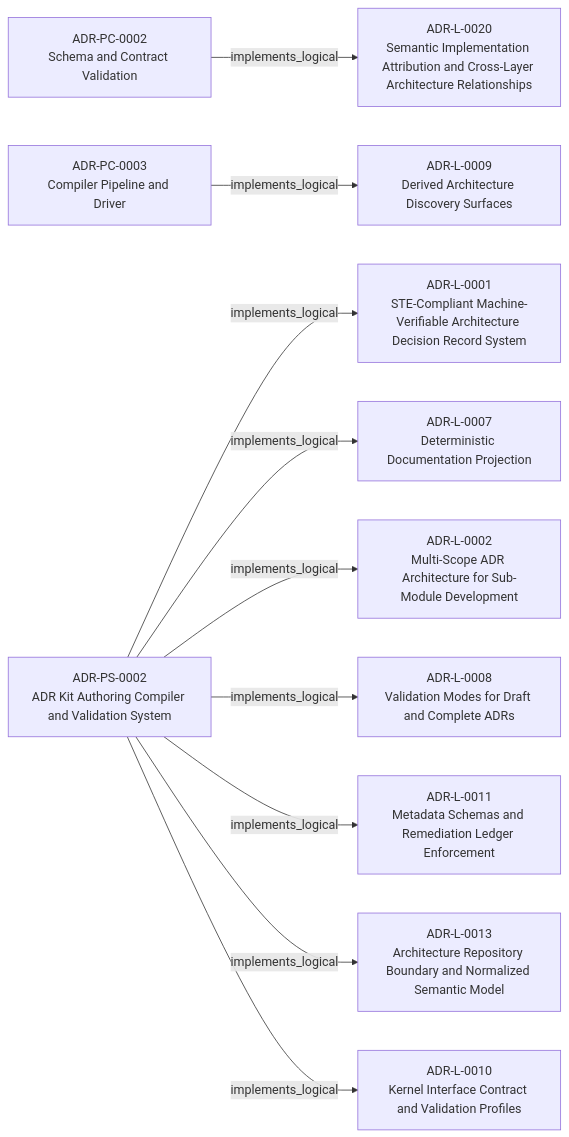
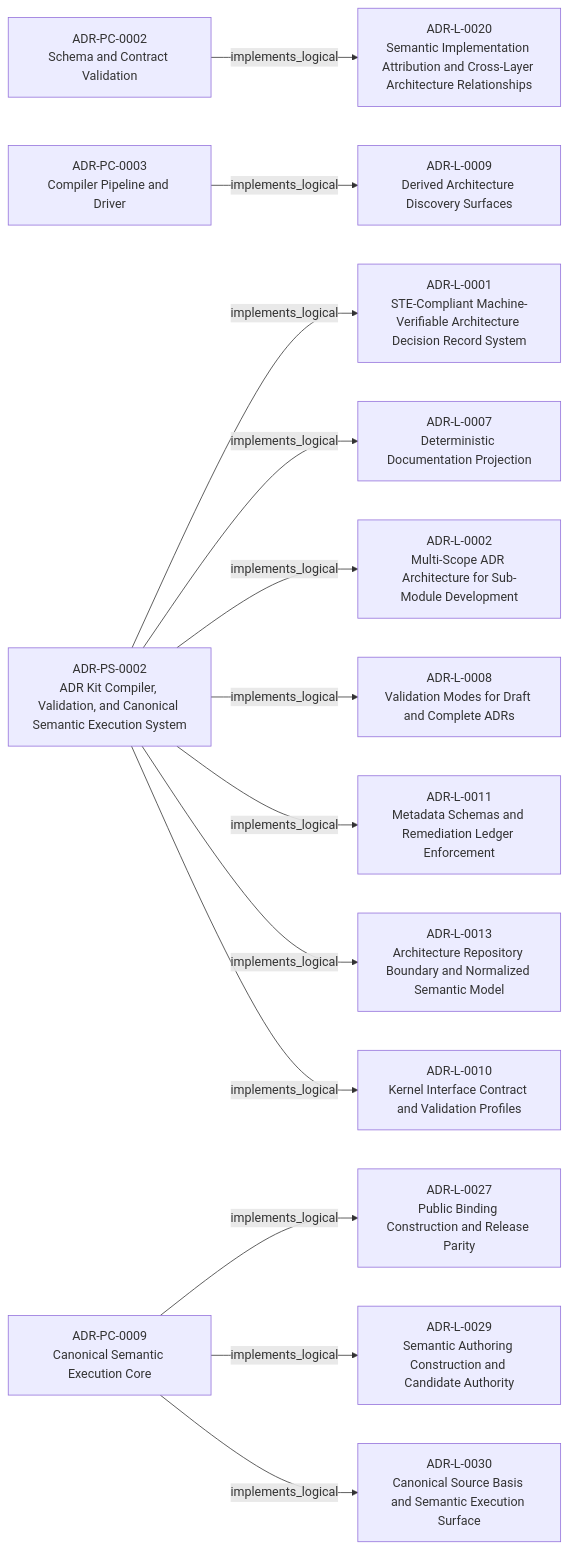
The third of 3 diagrams in adrs/adr-projection/physical-system/ADR-PS-0002-adr-kit-authoring-compiler-and-validation-system.md (egallmann/adr-architecture-kit), drawn with Mermaid before and after one commit. The commit also changed other lines of this file and 36 other files, not shown here.

Commit message:
docs: establish canonical semantic core architecture

````diff
--- a/adrs/adr-projection/physical-system/ADR-PS-0002-adr-kit-authoring-compiler-and-validation-system.md
+++ b/adrs/adr-projection/physical-system/ADR-PS-0002-adr-kit-authoring-compiler-and-validation-system.md
@@ -204,24 +201,31 @@
 ```mermaid
 flowchart LR
   n_019fee89_e615_70a5_861b_b2dde147e5af["ADR-L-0001<br/>STE-Compliant Machine-Verifiable Architecture Decision Record System"]
   n_019fee89_e615_7b9c_8e3f_32ceeda01491["ADR-L-0007<br/>Deterministic Documentation Projection"]
   n_019fee89_e615_7f19_810b_c7b33a9d9e0d["ADR-L-0002<br/>Multi-Scope ADR Architecture for Sub-Module Development"]
   n_019fee89_e616_7066_8d2f_3acc7f469f72["ADR-L-0008<br/>Validation Modes for Draft and Complete ADRs"]
   n_019fee89_e616_770c_a025_2c241a720730["ADR-L-0009<br/>Derived Architecture Discovery Surfaces"]
   n_019fee89_e616_7b97_971d_ae165d13bf9c["ADR-L-0011<br/>Metadata Schemas and Remediation Ledger Enforcement"]
   n_019fee89_e616_7c4e_953c_b7349412a784["ADR-L-0013<br/>Architecture Repository Boundary and Normalized Semantic Model"]
   n_019fee89_e616_7d61_8e35_f11ba2ddd75d["ADR-L-0010<br/>Kernel Interface Contract and Validation Profiles"]
   n_019fee89_e617_7d2b_8325_cd85ff814477["ADR-PC-0002<br/>Schema and Contract Validation"]
   n_019fee89_e618_7b76_843f_cfe21ceb2ea6["ADR-PC-0003<br/>Compiler Pipeline and Driver"]
-  n_019fee89_e618_7d04_9337_4aa2d3258507["ADR-PS-0002<br/>ADR Kit Authoring Compiler and Validation System"]
+  n_019fee89_e618_7d04_9337_4aa2d3258507["ADR-PS-0002<br/>ADR Kit Compiler, Validation, and Canonical Semantic Execution System"]
   n_019ffdba_3c42_7c4a_a737_f6751a265d60["ADR-L-0020<br/>Semantic Implementation Attribution and Cross-Layer Architecture Relationships"]
+  n_01a05a27_0000_7000_8000_000000000027["ADR-L-0027<br/>Public Binding Construction and Release Parity"]
+  n_01a09938_a15b_75ed_8326_212e21bd3cfe["ADR-L-0029<br/>Semantic Authoring Construction and Candidate Authority"]
+  n_01a09cf0_179e_71cc_b150_d4a79551b939["ADR-L-0030<br/>Canonical Source Basis and Semantic Execution Surface"]
+  n_01a10e4c_9ea8_76a2_93f7_8fbeca1ad7cf["ADR-PC-0009<br/>Canonical Semantic Execution Core"]
   n_019fee89_e617_7d2b_8325_cd85ff814477 -->|"implements_logical"| n_019ffdba_3c42_7c4a_a737_f6751a265d60
   n_019fee89_e618_7b76_843f_cfe21ceb2ea6 -->|"implements_logical"| n_019fee89_e616_770c_a025_2c241a720730
   n_019fee89_e618_7d04_9337_4aa2d3258507 -->|"implements_logical"| n_019fee89_e615_70a5_861b_b2dde147e5af
   n_019fee89_e618_7d04_9337_4aa2d3258507 -->|"implements_logical"| n_019fee89_e615_7b9c_8e3f_32ceeda01491
   n_019fee89_e618_7d04_9337_4aa2d3258507 -->|"implements_logical"| n_019fee89_e615_7f19_810b_c7b33a9d9e0d
   n_019fee89_e618_7d04_9337_4aa2d3258507 -->|"implements_logical"| n_019fee89_e616_7066_8d2f_3acc7f469f72
   n_019fee89_e618_7d04_9337_4aa2d3258507 -->|"implements_logical"| n_019fee89_e616_7b97_971d_ae165d13bf9c
   n_019fee89_e618_7d04_9337_4aa2d3258507 -->|"implements_logical"| n_019fee89_e616_7c4e_953c_b7349412a784
   n_019fee89_e618_7d04_9337_4aa2d3258507 -->|"implements_logical"| n_019fee89_e616_7d61_8e35_f11ba2ddd75d
+  n_01a10e4c_9ea8_76a2_93f7_8fbeca1ad7cf -->|"implements_logical"| n_01a05a27_0000_7000_8000_000000000027
+  n_01a10e4c_9ea8_76a2_93f7_8fbeca1ad7cf -->|"implements_logical"| n_01a09938_a15b_75ed_8326_212e21bd3cfe
+  n_01a10e4c_9ea8_76a2_93f7_8fbeca1ad7cf -->|"implements_logical"| n_01a09cf0_179e_71cc_b150_d4a79551b939
 ```
````
